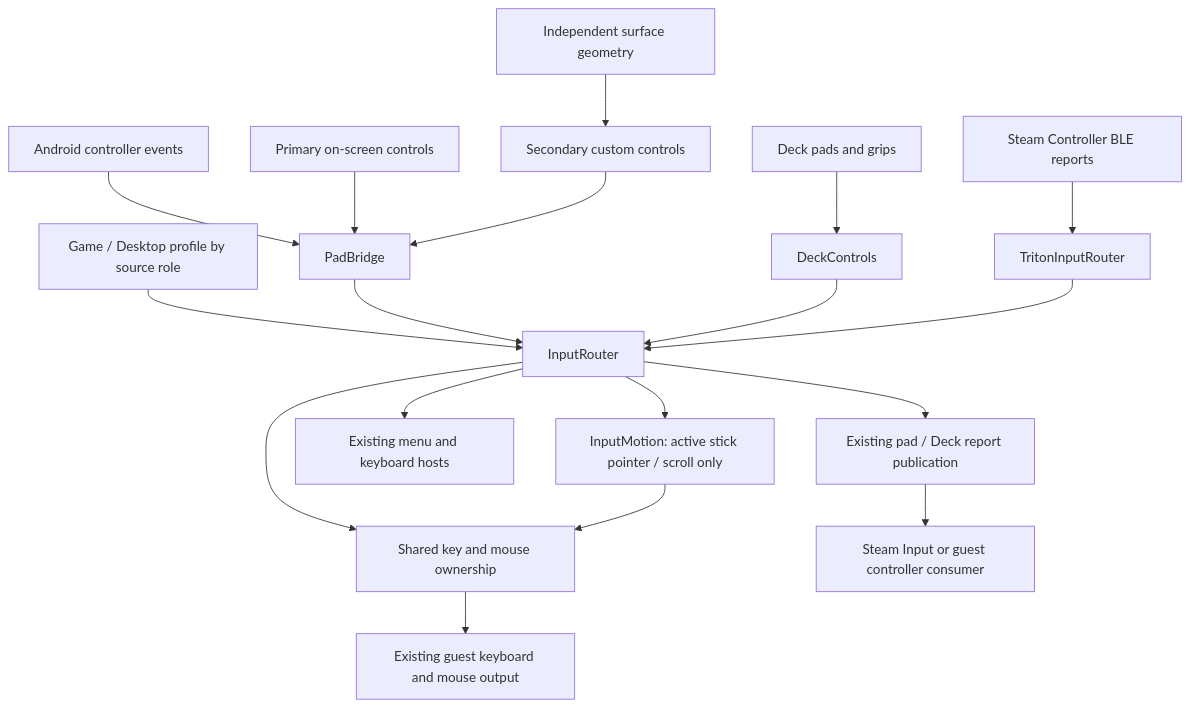
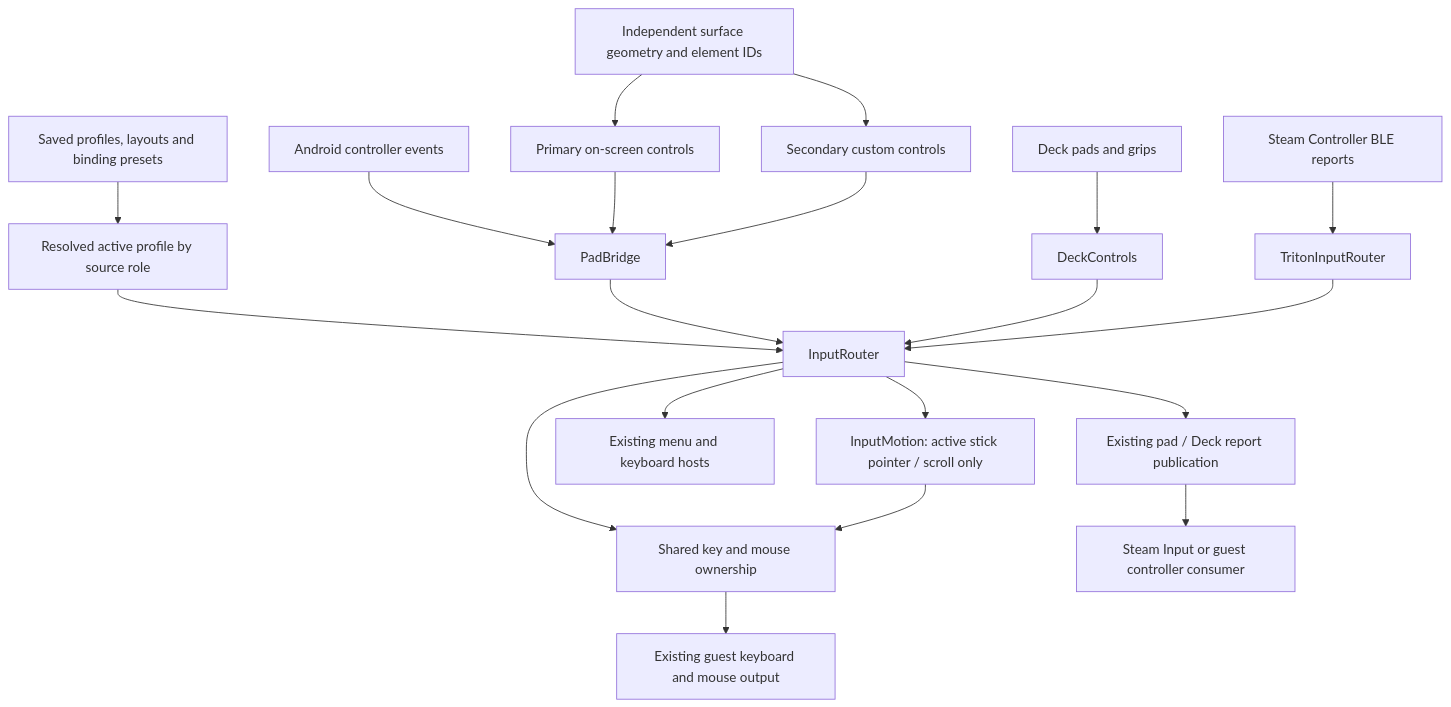
Before and after one commit to Droid-Deck/DroidDeck: the diagram in docs/development/unified-input-proposal.md, drawn with Mermaid. The commit also changed other lines of this file and 72 other files, not shown here.

````diff
--- a/docs/development/unified-input-proposal.md
+++ b/docs/development/unified-input-proposal.md
@@ -40,20 +44,22 @@
 ```mermaid
 flowchart TD
     Physical[Android controller events] --> PadBridge
     Primary[Primary on-screen controls] --> PadBridge
     Secondary[Secondary custom controls] --> PadBridge
     Deck[Deck pads and grips] --> DeckControls
     BLE[Steam Controller BLE reports] --> TritonInputRouter
-    Profiles[Game / Desktop profile by source role] --> Router[InputRouter]
+    Library[Saved profiles, layouts and binding presets] --> Profiles[Resolved active profile by source role]
+    Profiles --> Router[InputRouter]
     PadBridge --> Router
     DeckControls --> Router
     TritonInputRouter --> Router
     Router --> Native[Existing pad / Deck report publication]
     Router --> Held[Shared key and mouse ownership]
     Router --> Commands[Existing menu and keyboard hosts]
     Router --> Motion[InputMotion: active stick pointer / scroll only]
     Motion --> Held
     Held --> Guest[Existing guest keyboard and mouse output]
     Native --> Steam[Steam Input or guest controller consumer]
-    Layout[Independent surface geometry] --> Secondary
+    Layout[Independent surface geometry and element IDs] --> Secondary
+    Layout --> Primary
 ```
````
